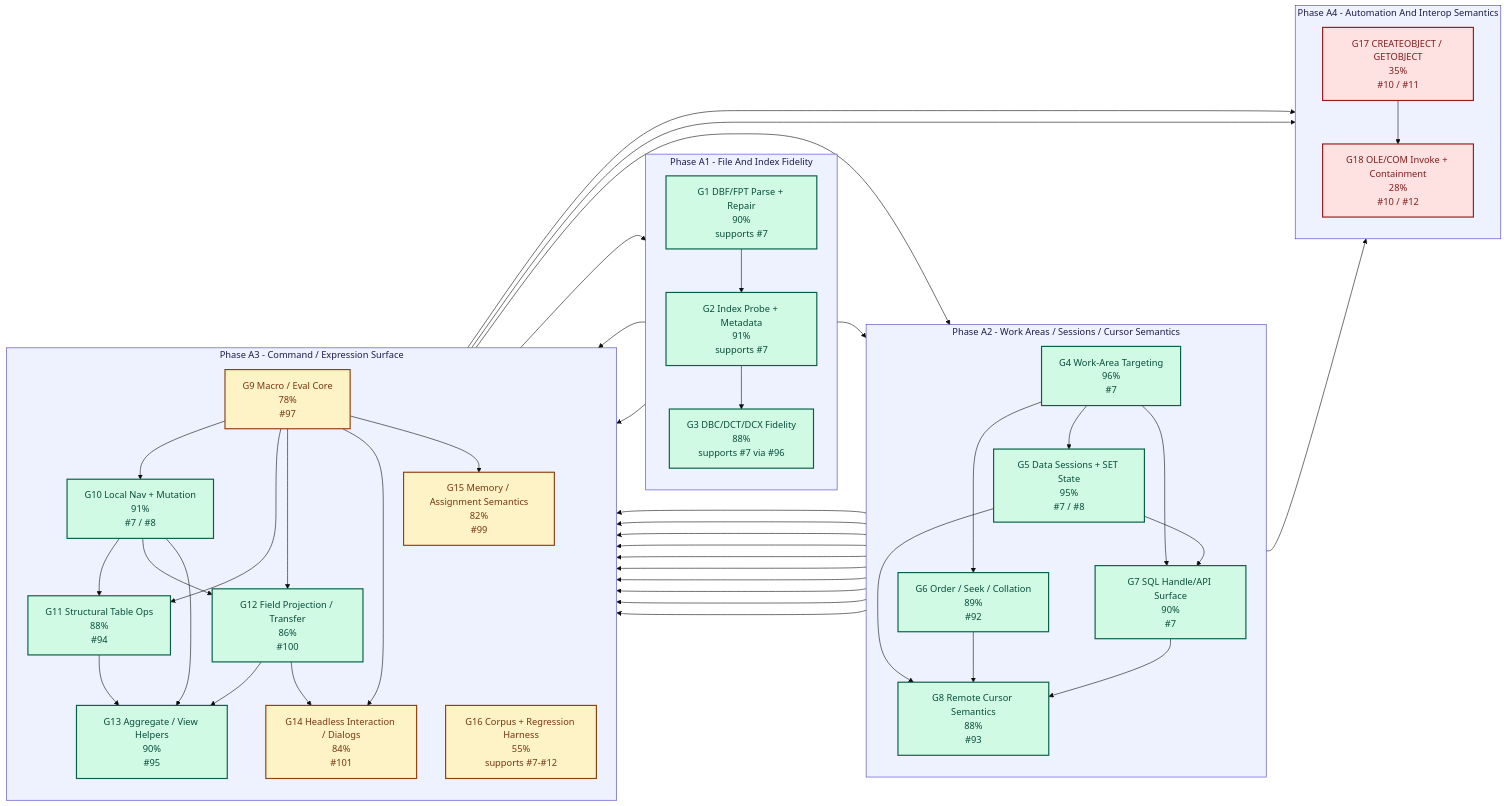
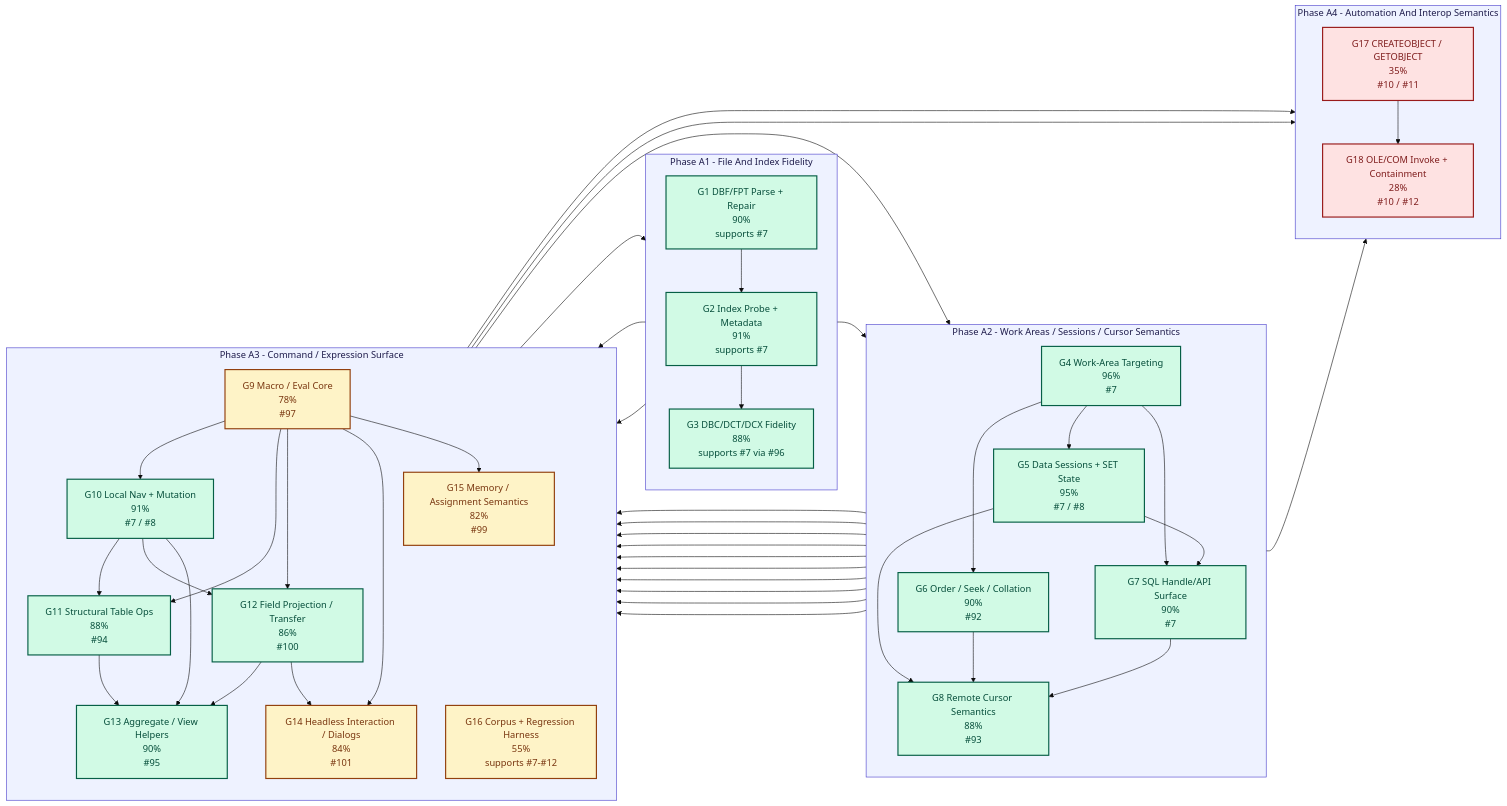
One commit to rhamenator/Project-Copperfin changed the first of 3 diagrams in docs/23-phase-a-dependency-breakdown.md. Above: the diagram before and after it, drawn with Mermaid (base theme). The commit also changed other lines of this file and 9 other files, not shown here.

Commit message:
Advance #92 local temporary order parity and agent handoff flow

```diff
--- a/docs/23-phase-a-dependency-breakdown.md
+++ b/docs/23-phase-a-dependency-breakdown.md
@@ -90,7 +90,7 @@
         direction TB
         G4["G4 Work-Area Targeting<br/>96%<br/>#7"]
         G5["G5 Data Sessions + SET State<br/>95%<br/>#7 / #8"]
-        G6["G6 Order / Seek / Collation<br/>89%<br/>#92"]
+        G6["G6 Order / Seek / Collation<br/>90%<br/>#92"]
         G7["G7 SQL Handle/API Surface<br/>90%<br/>#7"]
         G8["G8 Remote Cursor Semantics<br/>88%<br/>#93"]
     end
```
